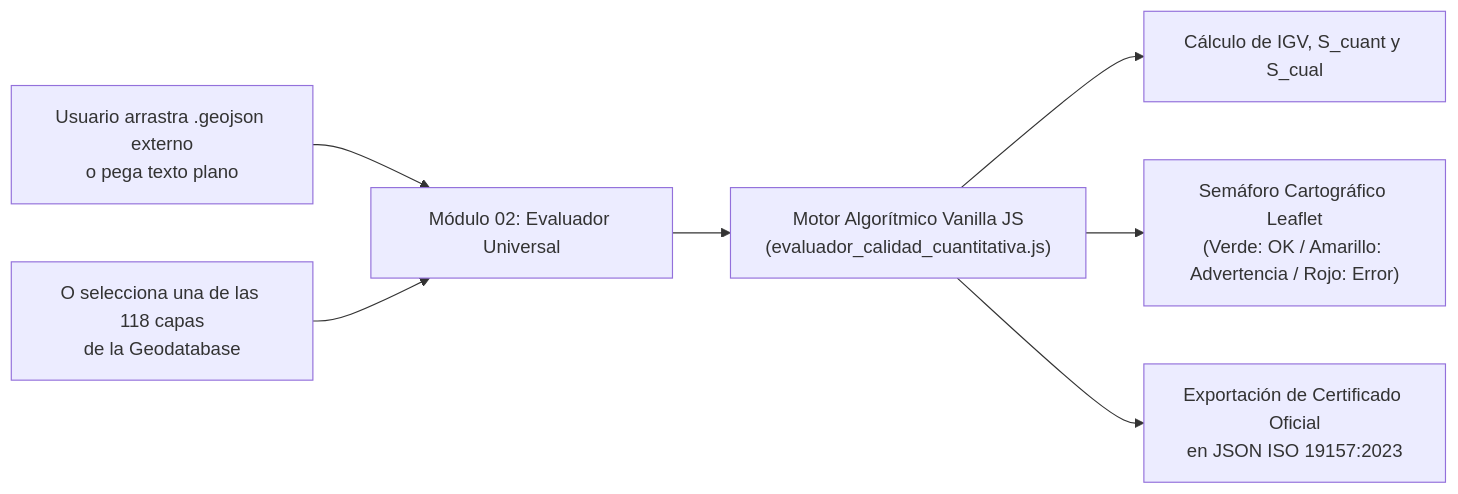
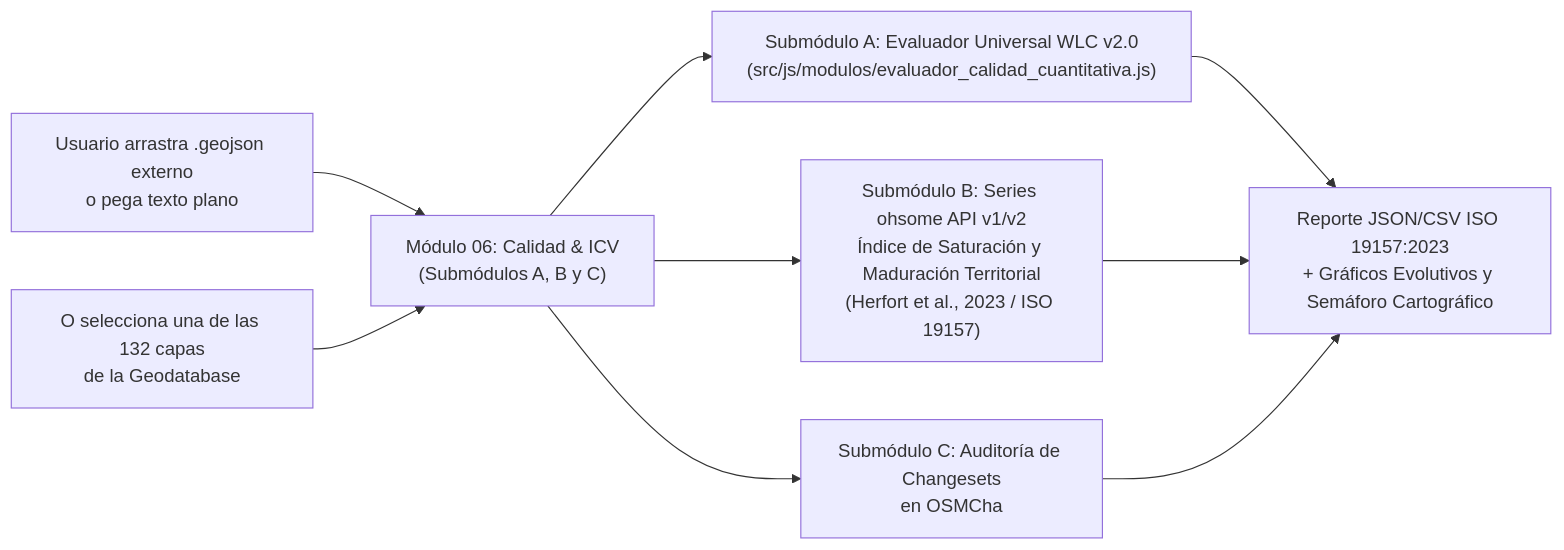
Before and after one commit to GEOJOTA/atlas_vgi_territorial: the third of 5 diagrams in src/docs/ANALISIS_METACALIDAD.md, drawn with Mermaid. The commit also changed other lines of this file and 39 other files, not shown here.

Commit message:
docs(proyecto,web): actualizar todos los documentos del proyecto con diagramas pipeline, rutas verificables y coherencia total con la plataforma web

````diff
--- a/src/docs/ANALISIS_METACALIDAD.md
+++ b/src/docs/ANALISIS_METACALIDAD.md
@@ -135,9 +158,9 @@
 ```mermaid
-graph LR
-    EXT["Usuario arrastra .geojson externo<br/>o pega texto plano"] --> MOD02["Módulo 02: Evaluador Universal"]
-    INT["O selecciona una de las 118 capas<br/>de la Geodatabase"] --> MOD02
-    MOD02 --> ALG["Motor Algorítmico Vanilla JS<br/>(evaluador_calidad_cuantitativa.js)"]
-    ALG --> RES1["Cálculo de IGV, S_cuant y S_cual"]
-    ALG --> RES2["Semáforo Cartográfico Leaflet<br/>(Verde: OK / Amarillo: Advertencia / Rojo: Error)"]
-    ALG --> RES3["Exportación de Certificado Oficial<br/>en JSON ISO 19157:2023"]
+flowchart LR
+    EXT["Usuario arrastra .geojson externo<br/>o pega texto plano"] --> MOD06["Módulo 06: Calidad & ICV<br/>(Submódulos A, B y C)"]
+    INT["O selecciona una de las 132 capas<br/>de la Geodatabase"] --> MOD06
+    MOD06 --> ALG["Submódulo A: Evaluador Universal WLC v2.0<br/>(src/js/modulos/evaluador_calidad_cuantitativa.js)"]
+    MOD06 --> OHS["Submódulo B: Series ohsome API v1/v2<br/>Índice de Saturación y Maduración Territorial<br/>(Herfort et al., 2023 / ISO 19157)"]
+    MOD06 --> CHA["Submódulo C: Auditoría de Changesets<br/>en OSMCha"]
+    ALG & OHS & CHA --> RES["Reporte JSON/CSV ISO 19157:2023<br/>+ Gráficos Evolutivos y Semáforo Cartográfico"]
 ```
````
